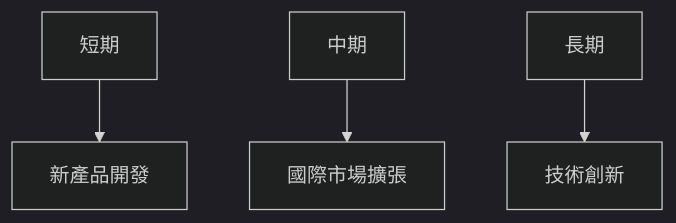
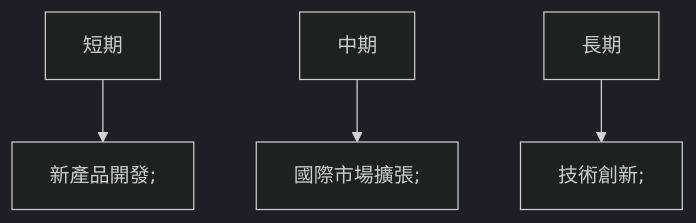
Before and after one commit to yennanliu/finance_data: the tenth of 11 diagrams in ai_gen_report/stock/onds/fundamental_analysis_2026-03-27_openai.md, drawn with Mermaid (dark theme). The commit also changed other lines of this file and 2258 other files, not shown here.

First line of the commit message:
chore: backfill Mermaid syntax repair across existing reports

````diff
--- a/ai_gen_report/stock/onds/fundamental_analysis_2026-03-27_openai.md
+++ b/ai_gen_report/stock/onds/fundamental_analysis_2026-03-27_openai.md
@@ -298,6 +298,6 @@
   ```mermaid
   graph TD
-      短期 --> 新產品開發;
-      中期 --> 國際市場擴張;
-      長期 --> 技術創新;
+      短期 --> nb1["新產品開發;"]
+      中期 --> nb2["國際市場擴張;"]
+      長期 --> nb3["技術創新;"]
   ```
````
